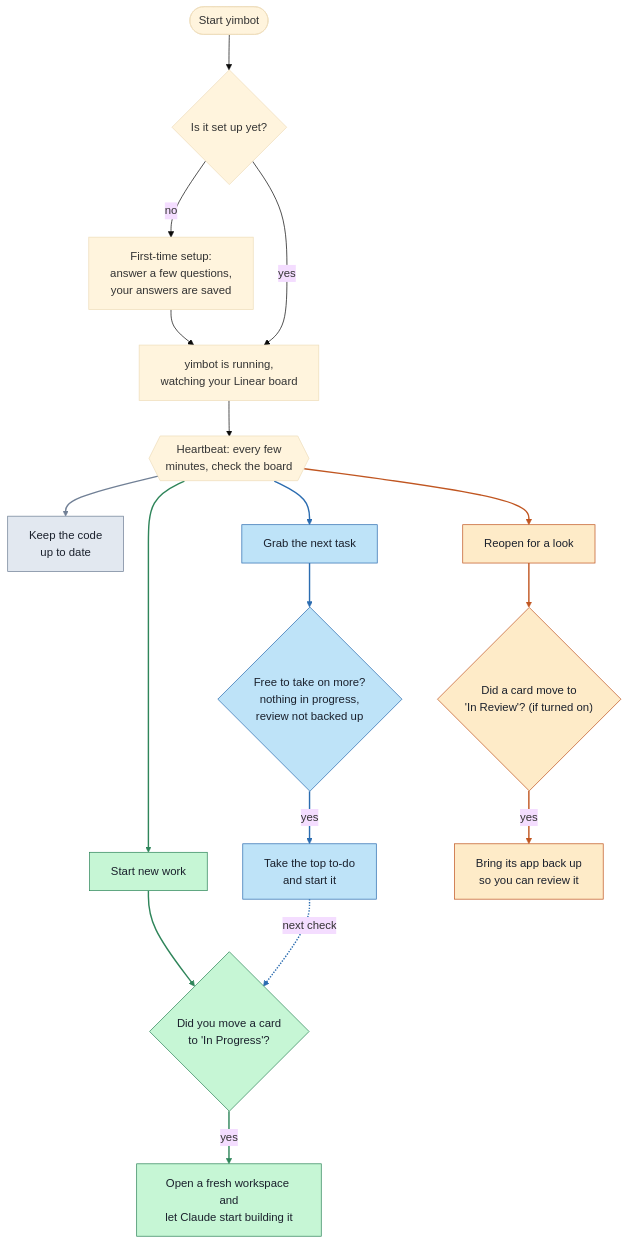
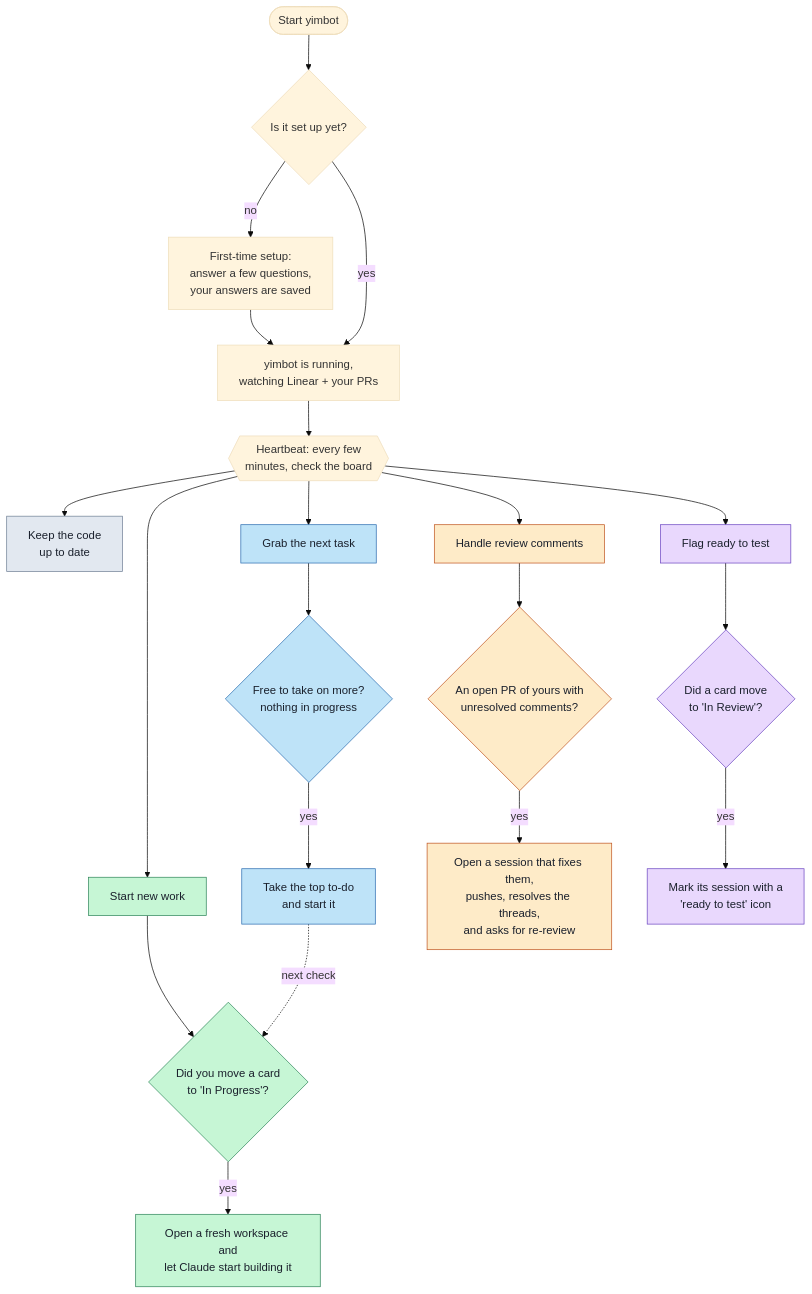
Before and after one commit to YiminArava4508/yimbot: the diagram in README.md, drawn with Mermaid (base theme). The commit also changed other lines of this file and 17 other files, not shown here.

````diff
--- a/README.md
+++ b/README.md
@@ -24,37 +24,39 @@
 ```mermaid
 flowchart TD
     A(["Start yimbot"]) --> B{"Is it set up yet?"}
     B -- no --> W["First-time setup:<br/>answer a few questions,<br/>your answers are saved"]
-    W --> C["yimbot is running,<br/>watching your Linear board"]
+    W --> C["yimbot is running,<br/>watching Linear + your PRs"]
     B -- yes --> C
 
     C --> P{{"Heartbeat: every few<br/>minutes, check the board"}}
 
     P --> S["Keep the code<br/>up to date"]
 
     P --> G1["Start new work"]
     G1 --> T1{"Did you move a card<br/>to 'In Progress'?"}
     T1 -- yes --> L["Open a fresh workspace and<br/>let Claude start building it"]
 
     P --> G2["Grab the next task"]
-    G2 --> PK{"Free to take on more?<br/>nothing in progress,<br/>review not backed up"}
+    G2 --> PK{"Free to take on more?<br/>nothing in progress"}
     PK -- yes --> M["Take the top to-do<br/>and start it"]
     M -.->|next check| T1
 
-    P --> G3["Reopen for a look"]
-    G3 --> T2{"Did a card move to<br/>'In Review'? (if turned on)"}
-    T2 -- yes --> R["Bring its app back up<br/>so you can review it"]
+    P --> G3["Handle review comments"]
+    G3 --> T2{"An open PR of yours with<br/>unresolved comments?"}
+    T2 -- yes --> R["Open a session that fixes them,<br/>pushes, resolves the threads,<br/>and asks for re-review"]
 
-    classDef launch fill:#c6f6d5,stroke:#2f855a,color:#1a202c;
-    classDef pick fill:#bee3f8,stroke:#2b6cb0,color:#1a202c;
-    classDef resume fill:#feebc8,stroke:#c05621,color:#1a202c;
+    P --> G4["Flag ready to test"]
+    G4 --> T3{"Did a card move<br/>to 'In Review'?"}
+    T3 -- yes --> F["Mark its session with a<br/>'ready to test' icon"]
+
+    classDef deploy fill:#c6f6d5,stroke:#2f855a,color:#1a202c;
+    classDef claim fill:#bee3f8,stroke:#2b6cb0,color:#1a202c;
+    classDef review fill:#feebc8,stroke:#c05621,color:#1a202c;
+    classDef ready fill:#e9d8fd,stroke:#6b46c1,color:#1a202c;
     classDef sync fill:#e2e8f0,stroke:#718096,color:#1a202c;
-    class G1,T1,L launch;
-    class G2,PK,M pick;
-    class G3,T2,R resume;
+    class G1,T1,L deploy;
+    class G2,PK,M claim;
+    class G3,T2,R review;
+    class G4,T3,F ready;
     class S sync;
-    linkStyle 5 stroke:#718096,stroke-width:2px;
-    linkStyle 6,7,8 stroke:#2f855a,stroke-width:2px;
-    linkStyle 9,10,11,12 stroke:#2b6cb0,stroke-width:2px;
-    linkStyle 13,14,15 stroke:#c05621,stroke-width:2px;
 ```
````
